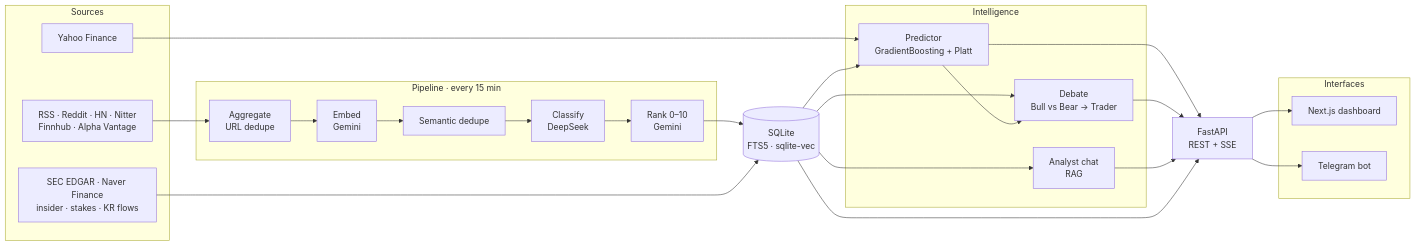
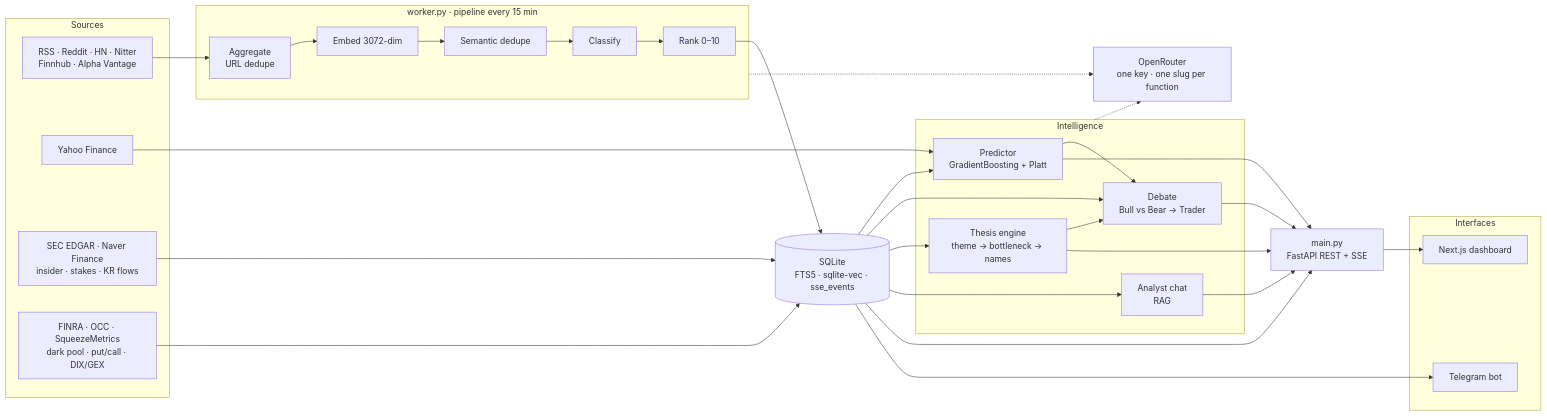
Before and after one commit to c0vo/Deus: the diagram in README.md, drawn with Mermaid. The commit also changed other lines of this file and 120 other files, not shown here.

First line of the commit message:
feat: sync OpenRouter routing, thesis engine, positioning data and tailnet auth

````diff
--- a/README.md
+++ b/README.md
@@ -26,47 +29,57 @@
 ```mermaid
 flowchart LR
     subgraph SOURCES["Sources"]
         NEWS["RSS · Reddit · HN · Nitter<br/>Finnhub · Alpha Vantage"]
         PRICES["Yahoo Finance"]
         SM["SEC EDGAR · Naver Finance<br/>insider · stakes · KR flows"]
+        POS["FINRA · OCC · SqueezeMetrics<br/>dark pool · put/call · DIX/GEX"]
     end
 
-    subgraph PIPELINE["Pipeline · every 15 min"]
+    subgraph WORKER["worker.py · pipeline every 15 min"]
         AGG["Aggregate<br/>URL dedupe"]
-        EMB["Embed<br/>Gemini"]
+        EMB["Embed 3072-dim"]
         SEM["Semantic dedupe"]
-        CLS["Classify<br/>DeepSeek"]
-        RNK["Rank 0–10<br/>Gemini"]
+        CLS["Classify"]
+        RNK["Rank 0–10"]
         AGG --> EMB --> SEM --> CLS --> RNK
     end
 
-    DB[("SQLite<br/>FTS5 · sqlite-vec")]
+    DB[("SQLite<br/>FTS5 · sqlite-vec · sse_events")]
 
     subgraph BRAIN["Intelligence"]
         ML["Predictor<br/>GradientBoosting + Platt"]
         DEB["Debate<br/>Bull vs Bear → Trader"]
+        THE["Thesis engine<br/>theme → bottleneck → names"]
         RAG["Analyst chat<br/>RAG"]
     end
 
-    SRV["FastAPI<br/>REST + SSE"]
+    OR["OpenRouter<br/>one key · one slug per function"]
+
+    SRV["main.py<br/>FastAPI REST + SSE"]
 
     subgraph UI["Interfaces"]
         WEB["Next.js dashboard"]
         TG["Telegram bot"]
     end
 
     NEWS --> AGG
     RNK --> DB
     PRICES --> ML
     SM --> DB
+    POS --> DB
     DB --> ML
     DB --> DEB
+    DB --> THE
     DB --> RAG
     ML --> DEB
+    THE --> DEB
     ML --> SRV
     DEB --> SRV
+    THE --> SRV
     RAG --> SRV
     DB --> SRV
     SRV --> WEB
-    SRV --> TG
+    DB --> TG
+    WORKER -.-> OR
+    BRAIN -.-> OR
 ```
````
